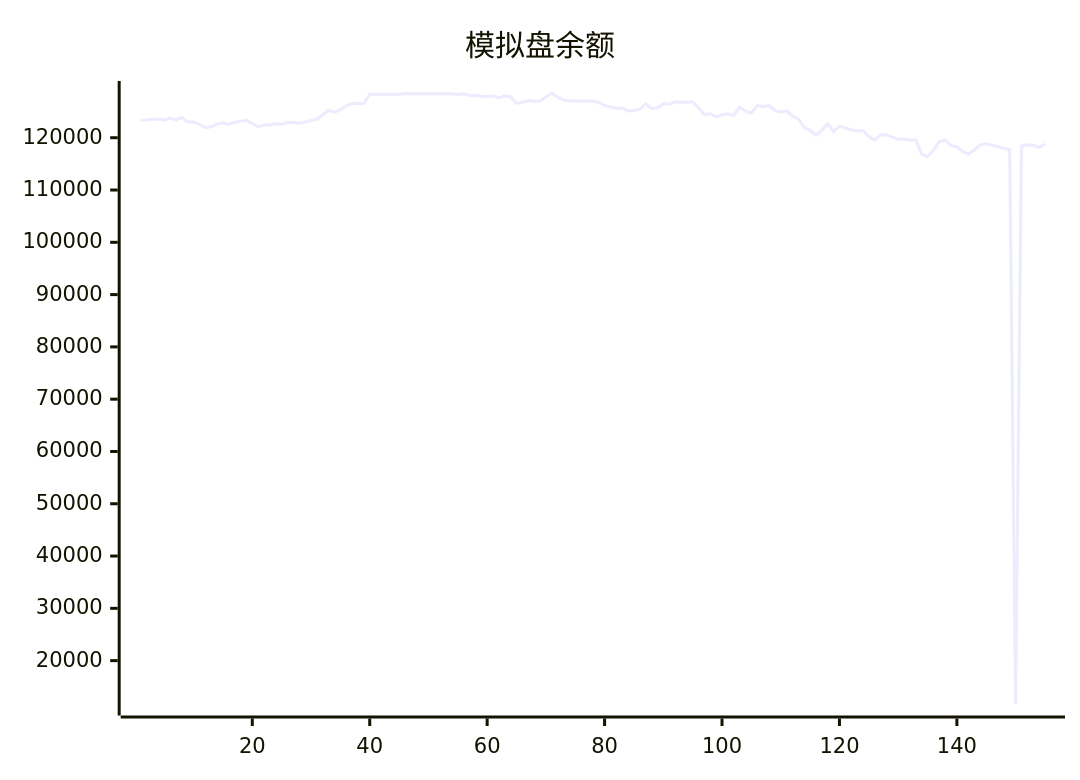
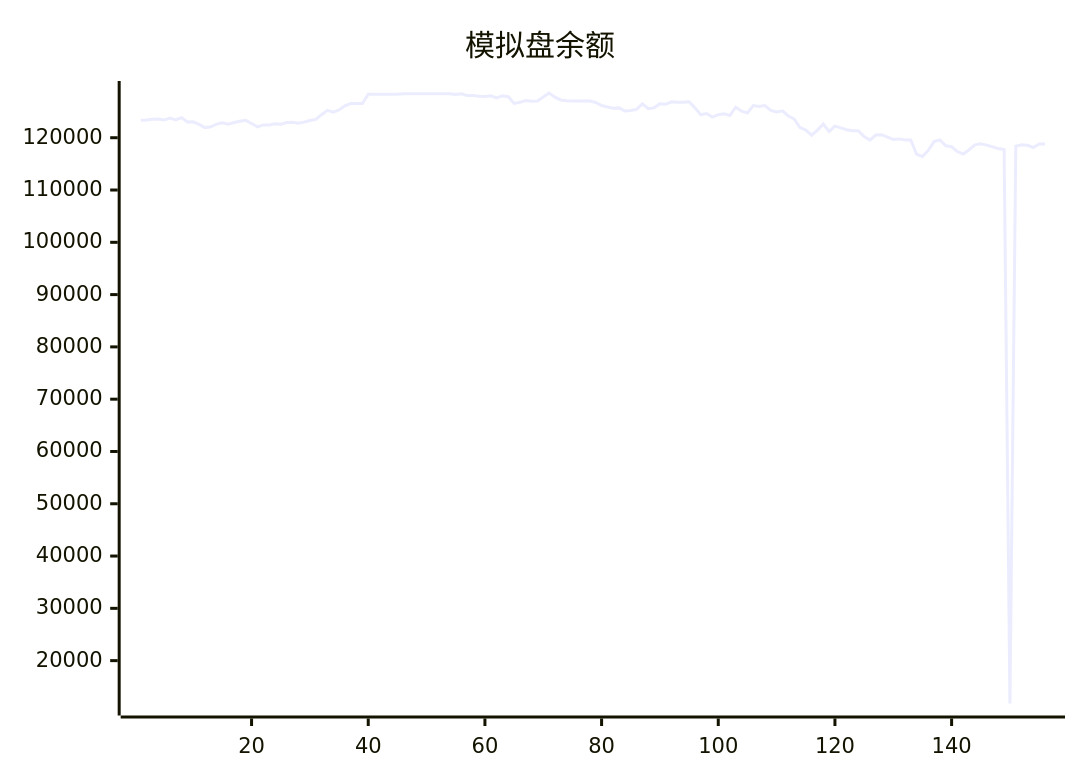
The diagram in README.md (aahl/ai-trading), drawn with Mermaid before and after one commit. The commit also changed other lines of this file and 1 other file, not shown here.

````diff
--- a/README.md
+++ b/README.md
@@ -5,5 +5,5 @@
 ```mermaid
 xychart
     title "模拟盘余额"
-    line [123338,123402,123530,123592,123378,123745,123413,123853,123009,123040,122557,121938,122095,122599,122856,122597,122898,123160,123319,122719,122087,122454,122416,122685,122592,122907,122961,122776,122981,123295,123507,124403,125224,124894,125303,126088,126544,126534,126549,128335,128318,128318,128318,128318,128318,128424,128424,128424,128424,128424,128424,128424,128424,128424,128247,128412,128062,128087,127917,127901,128026,127611,128000,127850,126572,126770,127100,126971,127029,127783,128554,127765,127224,127064,127044,127009,127025,127004,126738,126152,125871,125635,125707,125117,125217,125420,126480,125545,125715,126511,126424,126856,126764,126788,126890,125710,124381,124632,123936,124402,124574,124256,125833,125070,124739,126154,125966,126145,125213,124943,125143,124157,123604,121959,121476,120476,121470,122610,121201,122221,121889,121522,121332,121344,120232,119559,120513,120577,120108,119680,119777,119572,119568,116839,116392,117573,119250,119585,118469,118277,117338,116897,117706,118628,118849,118579,118280,117926,117735,11802,118373,118639,118544,118136,118798]
+    line [123338,123402,123530,123592,123378,123745,123413,123853,123009,123040,122557,121938,122095,122599,122856,122597,122898,123160,123319,122719,122087,122454,122416,122685,122592,122907,122961,122776,122981,123295,123507,124403,125224,124894,125303,126088,126544,126534,126549,128335,128318,128318,128318,128318,128318,128424,128424,128424,128424,128424,128424,128424,128424,128424,128247,128412,128062,128087,127917,127901,128026,127611,128000,127850,126572,126770,127100,126971,127029,127783,128554,127765,127224,127064,127044,127009,127025,127004,126738,126152,125871,125635,125707,125117,125217,125420,126480,125545,125715,126511,126424,126856,126764,126788,126890,125710,124381,124632,123936,124402,124574,124256,125833,125070,124739,126154,125966,126145,125213,124943,125143,124157,123604,121959,121476,120476,121470,122610,121201,122221,121889,121522,121332,121344,120232,119559,120513,120577,120108,119680,119777,119572,119568,116839,116392,117573,119250,119585,118469,118277,117338,116897,117706,118628,118849,118579,118280,117926,117735,11802,118373,118639,118544,118136,118798,118819]
 ```
````
